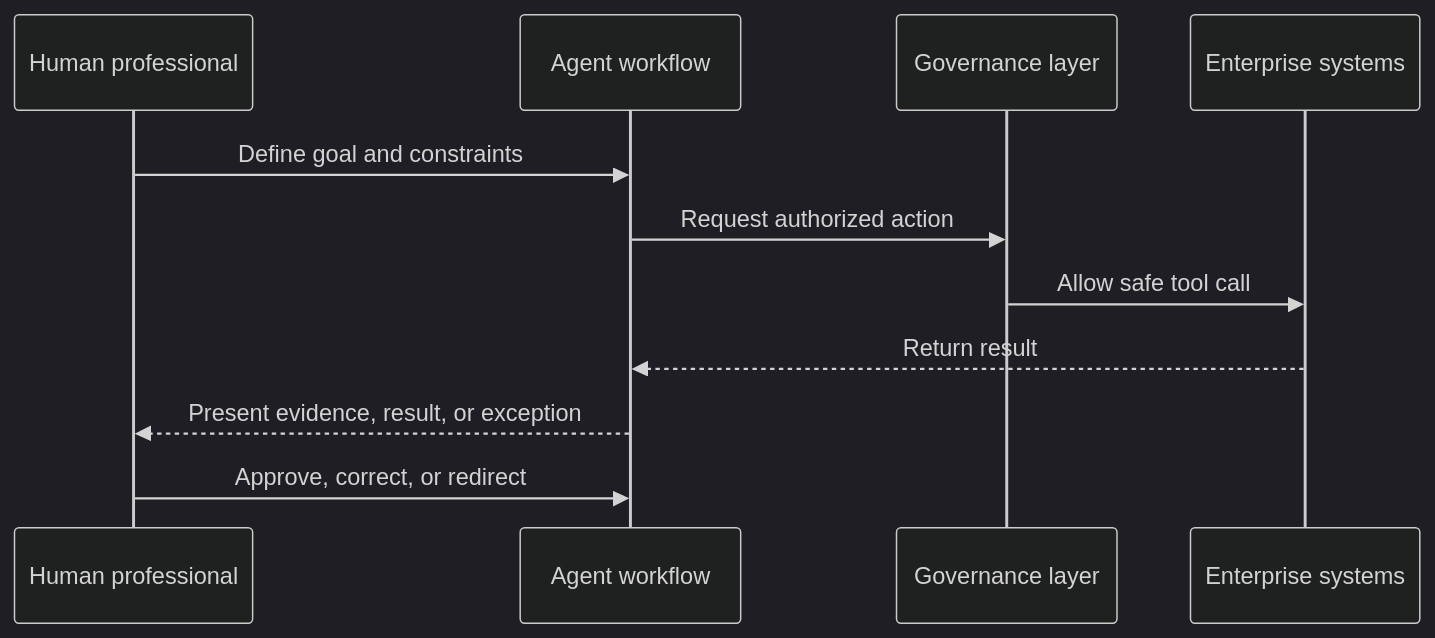
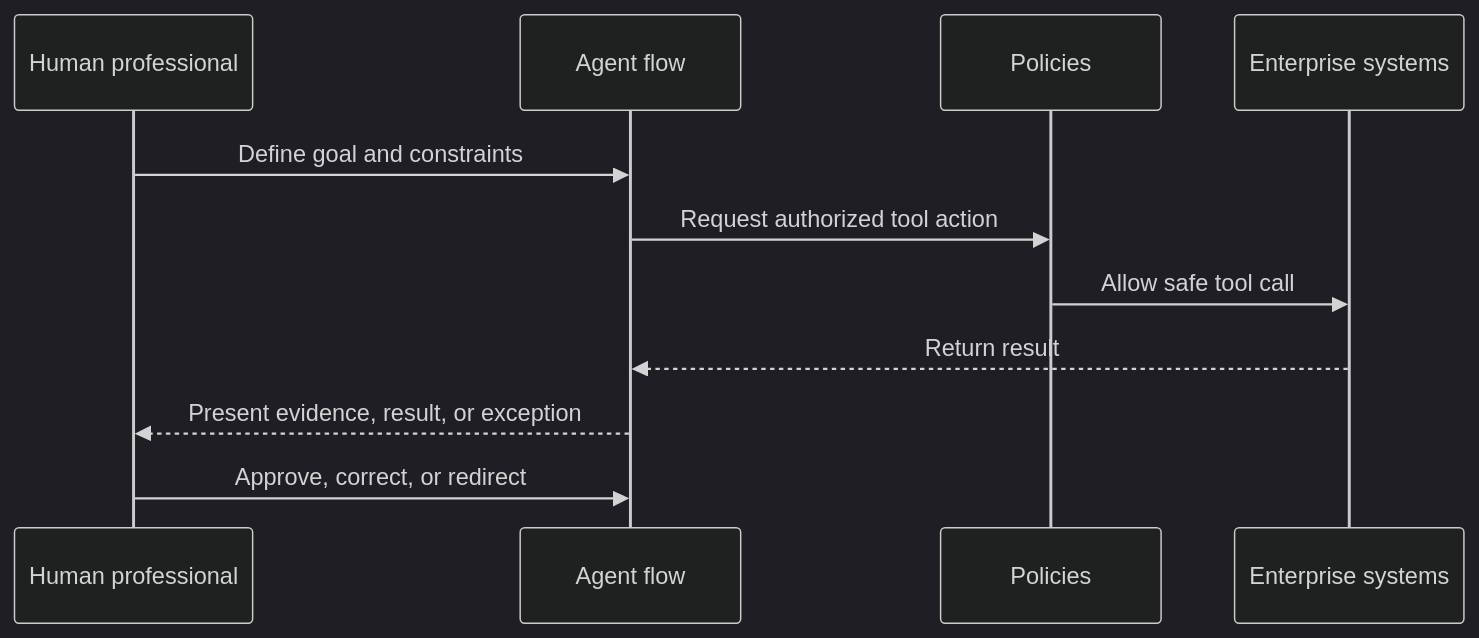
The fifth of 9 diagrams in book/chapters/chapter-07-the-future-of-agentic-ai-and-your-role.md (naren-allam/agents-beginners), drawn with Mermaid (dark theme) before and after one commit. The commit also changed other lines of this file and 28 other files, not shown here.

````diff
--- a/book/chapters/chapter-07-the-future-of-agentic-ai-and-your-role.md
+++ b/book/chapters/chapter-07-the-future-of-agentic-ai-and-your-role.md
@@ -130,14 +137,14 @@
 ```mermaid
 sequenceDiagram
     participant H as Human professional
-    participant A as Agent workflow
-    participant G as Governance layer
+    participant A as Agent flow
+    participant P as Policies
     participant S as Enterprise systems
 
     H->>A: Define goal and constraints
-    A->>G: Request authorized action
-    G->>S: Allow safe tool call
+    A->>P: Request authorized tool action
+    P->>S: Allow safe tool call
     S-->>A: Return result
     A-->>H: Present evidence, result, or exception
     H->>A: Approve, correct, or redirect
 ```
````
